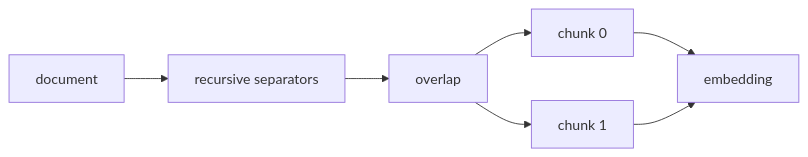
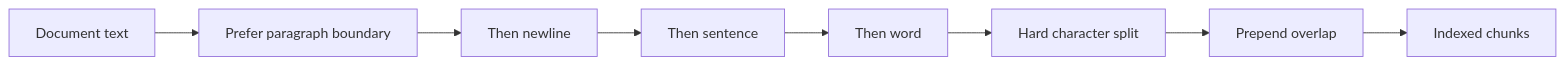
The first of 2 diagrams in docs/course/concepts/chunking.md (levalencia/archon), drawn with Mermaid before and after one commit. The commit also changed other lines of this file and 6 other files, not shown here.

````diff
--- a/docs/course/concepts/chunking.md
+++ b/docs/course/concepts/chunking.md
@@ -11,9 +31,10 @@
 ```mermaid
 flowchart LR
-  D[document] --> S[recursive separators]
-  S --> O[overlap]
-  O --> C1[chunk 0]
-  O --> C2[chunk 1]
-  C1 --> E[embedding]
-  C2 --> E
+  D[Document text] --> P[Prefer paragraph boundary]
+  P --> N[Then newline]
+  N --> S[Then sentence]
+  S --> W[Then word]
+  W --> H[Hard character split]
+  H --> O[Prepend overlap]
+  O --> C[Indexed chunks]
 ```
````
